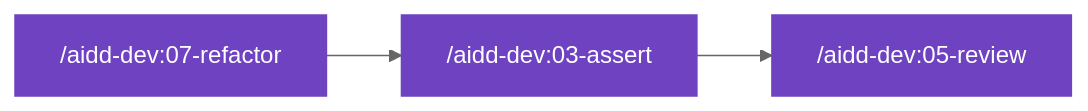
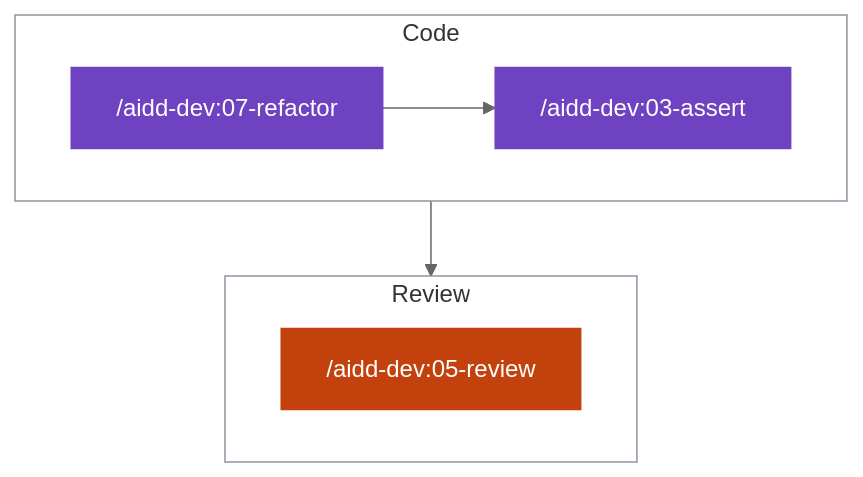
The fourth of 9 diagrams in docs/GUIDES.md (ai-driven-dev/framework), drawn with Mermaid (neutral theme) before and after one commit. The commit also changed other lines of this file and 18 other files, not shown here.

First line of the commit message:
docs: show the human in the loop and trim every document to tables and diagrams

````diff
--- a/docs/GUIDES.md
+++ b/docs/GUIDES.md
@@ -58,7 +114,24 @@
 ```mermaid
-flowchart LR
-  n0["/aidd-dev:07-refactor"] --> n1["/aidd-dev:03-assert"] --> n2["/aidd-dev:05-review"]
-  classDef step fill:#6f42c1,stroke:#6f42c1,color:#fff
-  classDef opt fill:#e9ddff,stroke:#6f42c1,stroke-dasharray:4 3,color:#3b1d78
-  class n0,n1,n2 step
+flowchart TD
+  subgraph z0["Code"]
+    direction LR
+    n0["/aidd-dev:07-refactor"] --> n1["/aidd-dev:03-assert"]
+  end
+  subgraph z1["Review"]
+    direction LR
+    n2["/aidd-dev:05-review"]
+  end
+  z0 --> z1
+  classDef spec fill:#0b7285,stroke:#0b7285,color:#fff
+  classDef specOpt fill:#cff4fc,stroke:#0b7285,stroke-dasharray:4 3,color:#0b4a57
+  classDef code fill:#6f42c1,stroke:#6f42c1,color:#fff
+  classDef codeOpt fill:#e9ddff,stroke:#6f42c1,stroke-dasharray:4 3,color:#3b1d78
+  classDef ship fill:#c2410c,stroke:#c2410c,color:#fff
+  classDef shipOpt fill:#ffe1d1,stroke:#c2410c,stroke-dasharray:4 3,color:#7a2606
+  classDef plain fill:#0969da,stroke:#0969da,color:#fff
+  classDef plainOpt fill:#ddf4ff,stroke:#0969da,stroke-dasharray:4 3,color:#0a3069
+  class n0,n1 code
+  class n2 ship
+  style z0 fill:none,stroke:#8c959f
+  style z1 fill:none,stroke:#8c959f
 ```
````
